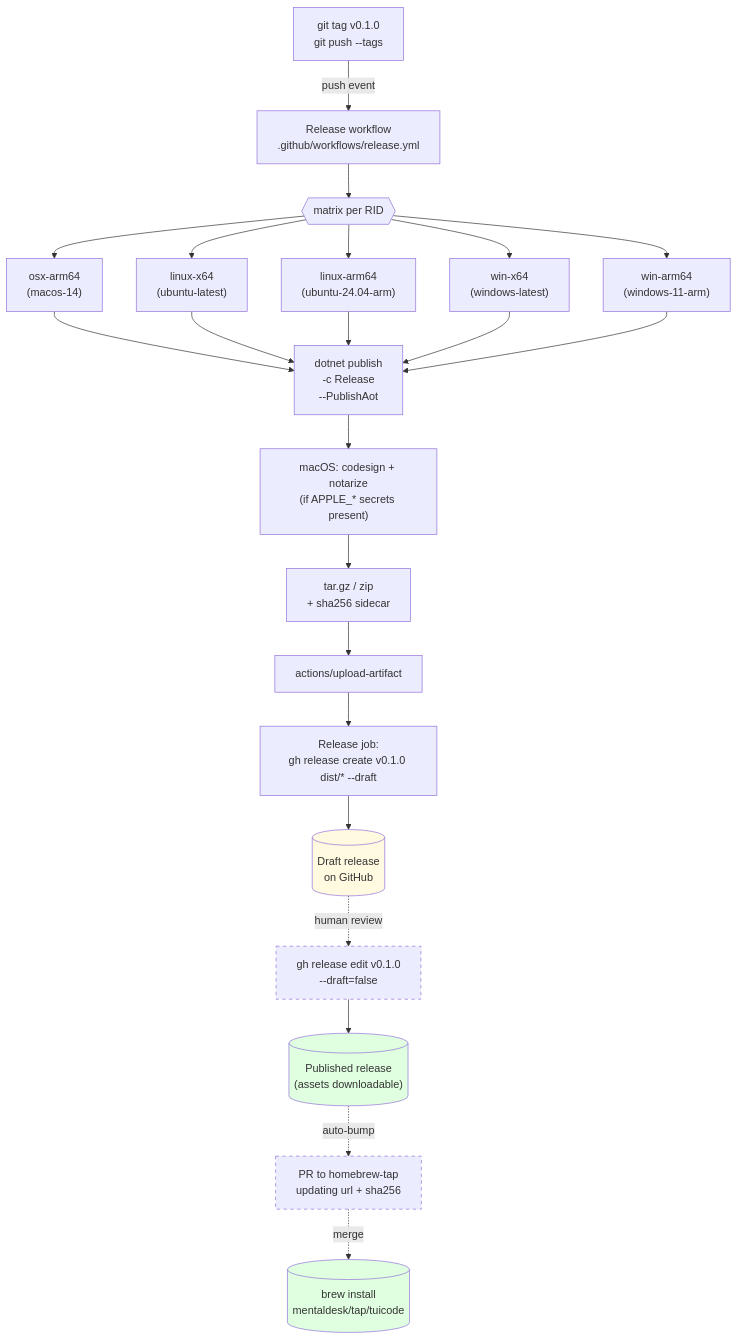
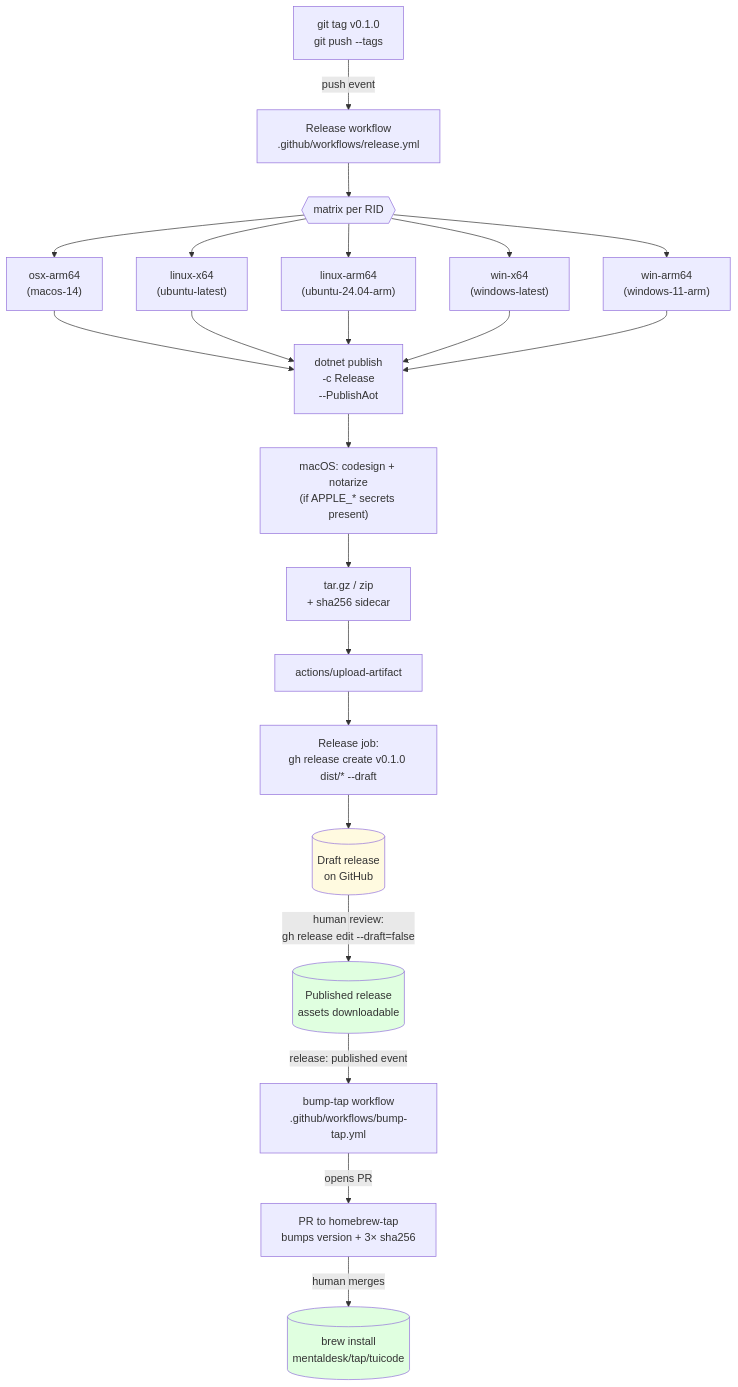
One commit to mentaldesk/TuiCode changed the first of 4 diagrams in CONTRIBUTING.md. Above: the diagram before and after it, drawn with Mermaid. The commit also changed other lines of this file and 2 other files, not shown here.

First line of the commit message:
Add bump-tap workflow + update CONTRIBUTING / AGENTS

````diff
--- a/CONTRIBUTING.md
+++ b/CONTRIBUTING.md
@@ -20,37 +20,35 @@
 ```mermaid
 flowchart TD
     Tag["git tag v0.1.0<br/>git push --tags"]
     Tag -->|push event| WF["Release workflow<br/>.github/workflows/release.yml"]
 
     WF --> Matrix{{"matrix per RID"}}
     Matrix --> A["osx-arm64<br/>(macos-14)"]
     Matrix --> B["linux-x64<br/>(ubuntu-latest)"]
     Matrix --> C["linux-arm64<br/>(ubuntu-24.04-arm)"]
     Matrix --> D["win-x64<br/>(windows-latest)"]
     Matrix --> E["win-arm64<br/>(windows-11-arm)"]
 
     A --> Publish["dotnet publish<br/>-c Release<br/>--PublishAot"]
     B --> Publish
     C --> Publish
     D --> Publish
     E --> Publish
 
     Publish --> Sign["macOS: codesign + notarize<br/>(if APPLE_* secrets present)"]
     Sign --> Archive["tar.gz / zip<br/>+ sha256 sidecar"]
     Archive --> Upload["actions/upload-artifact"]
 
     Upload --> Release["Release job:<br/>gh release create v0.1.0 dist/* --draft"]
     Release --> Draft[("Draft release<br/>on GitHub")]
 
-    Draft -.->|human review| Publish2["gh release edit v0.1.0<br/>--draft=false"]
-    Publish2 --> Public[("Published release<br/>(assets downloadable)")]
+    Draft -->|human review:<br/>gh release edit --draft=false| Public[("Published release<br/>assets downloadable")]
 
-    Public -.->|auto-bump| TapPR["PR to homebrew-tap<br/>updating url + sha256"]
-    TapPR -.->|merge| Brew[("brew install<br/>mentaldesk/tap/tuicode")]
+    Public -->|release: published event| Bump["bump-tap workflow<br/>.github/workflows/bump-tap.yml"]
+    Bump -->|opens PR| TapPR["PR to homebrew-tap<br/>bumps version + 3× sha256"]
+    TapPR -->|human merges| Brew[("brew install<br/>mentaldesk/tap/tuicode")]
 
     style Draft fill:#fffae0
     style Public fill:#e0ffe0
     style Brew fill:#e0ffe0
-    style TapPR stroke-dasharray: 5 5
-    style Publish2 stroke-dasharray: 5 5
 ```
````
